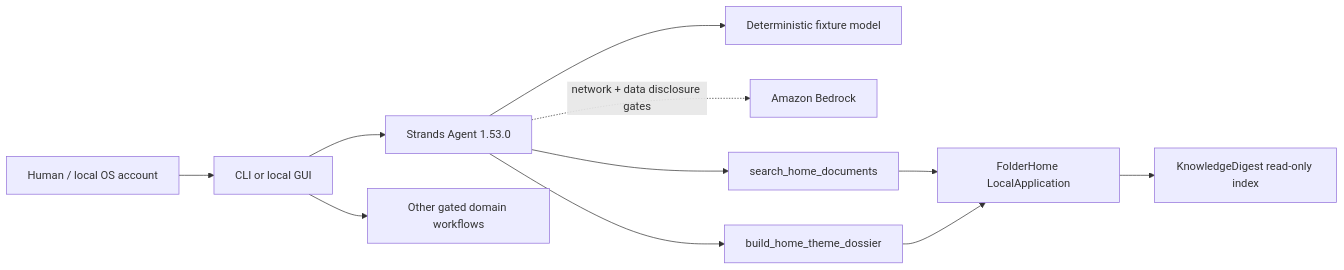
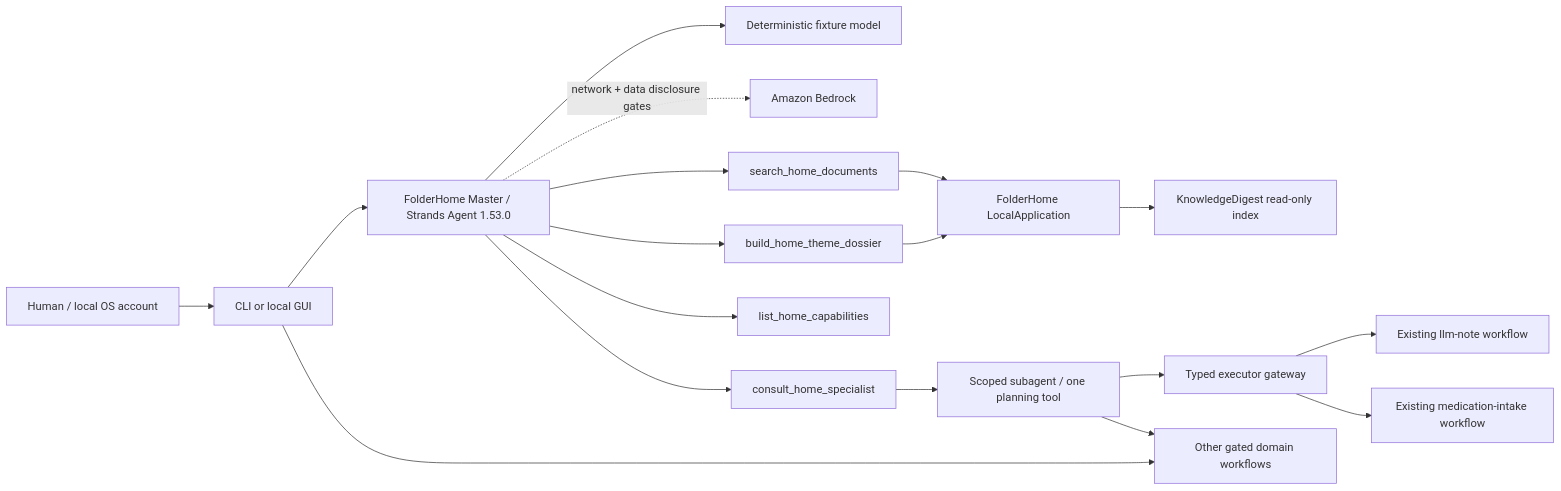
One commit to ellmos-ai/FolderHome changed the diagram in README.md. Above: the diagram before and after it, drawn with Mermaid. The commit also changed other lines of this file and 32 other files, not shown here.

First line of the commit message:
docs(brand): publish FolderHome design system

````diff
--- a/README.md
+++ b/README.md
@@ -60,13 +62,20 @@
 ```mermaid
 flowchart LR
   H[Human / local OS account] --> UI[CLI or local GUI]
-  UI --> A[Strands Agent 1.53.0]
+  UI --> A[FolderHome Master / Strands Agent 1.53.0]
   A --> F[Deterministic fixture model]
   A -. network + data disclosure gates .-> B[Amazon Bedrock]
   A --> S[search_home_documents]
   A --> D[build_home_theme_dossier]
+  A --> C[list_home_capabilities]
+  A --> X[consult_home_specialist]
+  X --> P[Scoped subagent / one planning tool]
+  P --> E[Typed executor gateway]
+  E --> N[Existing llm-note workflow]
+  E --> M[Existing medication-intake workflow]
   S --> L[FolderHome LocalApplication]
   D --> L
   L --> K[KnowledgeDigest read-only index]
   UI --> W[Other gated domain workflows]
+  P --> W
 ```
````
